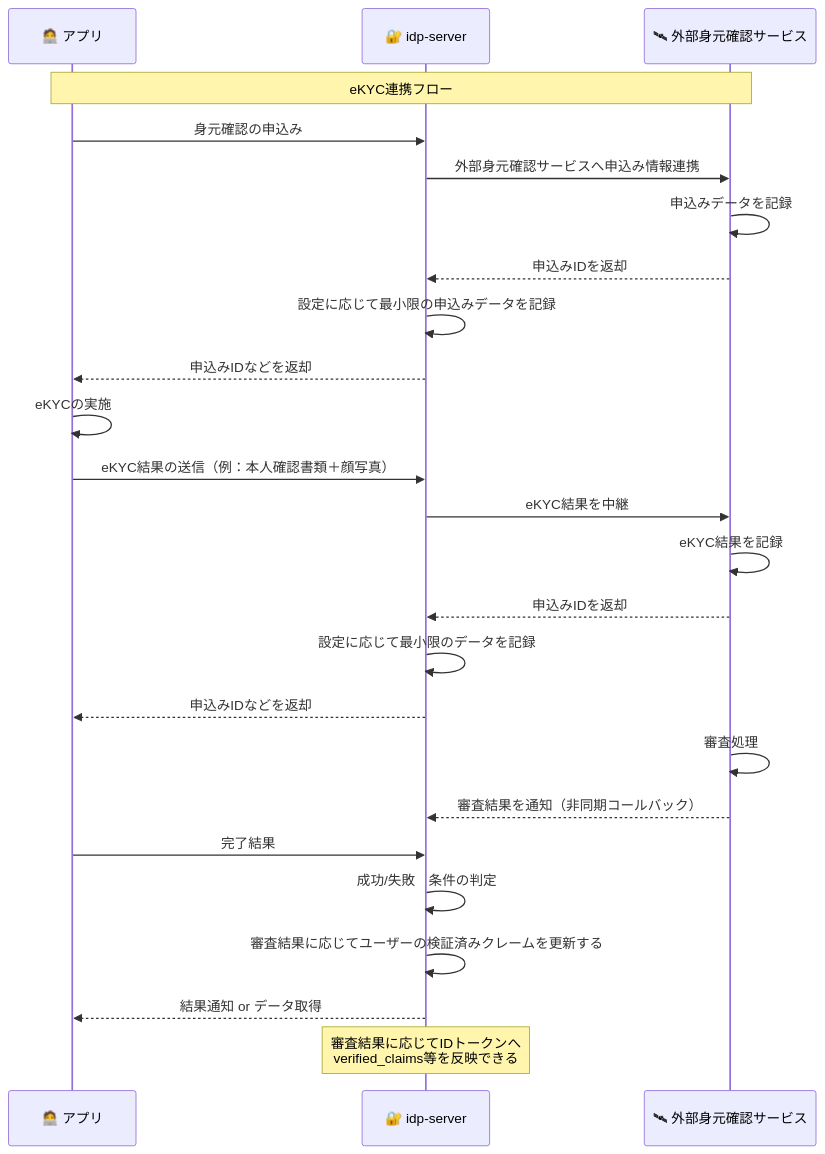
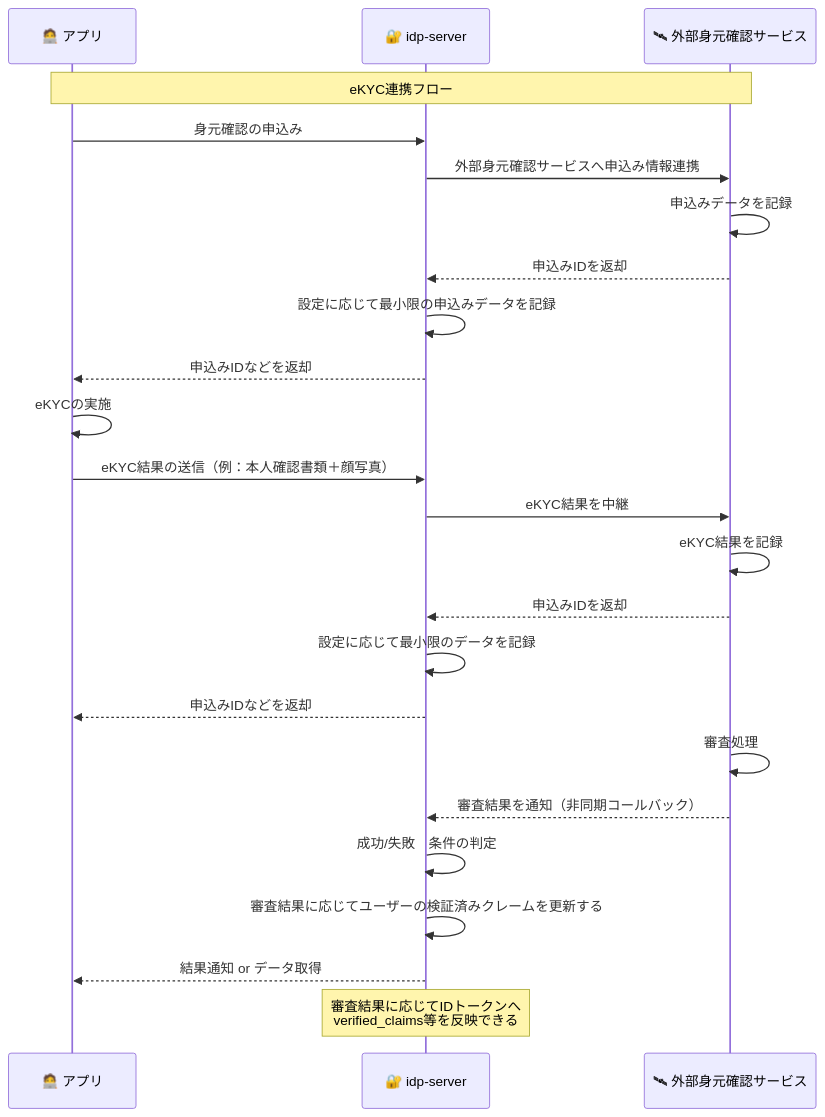
One commit to hirokazu-kobayashi-koba-hiro/idp-server changed the first of 2 diagrams in documentation/i18n/ja/docusaurus-plugin-content-docs/current/id-verified.md. Above: the diagram before and after it, drawn with Mermaid. The commit also changed 19 other files, not shown here.

````diff
--- a/documentation/i18n/ja/docusaurus-plugin-content-docs/current/id-verified.md
+++ b/documentation/i18n/ja/docusaurus-plugin-content-docs/current/id-verified.md
@@ -38,34 +38,33 @@
 ```mermaid
 sequenceDiagram
     participant App as 🧑‍💻 アプリ
     participant IdP as 🔐 idp-server
     participant EKYC as 🛰 外部身元確認サービス
 
     Note over App,EKYC: eKYC連携フロー
 
     App->>IdP: 身元確認の申込み
     IdP->>EKYC: 外部身元確認サービスへ申込み情報連携
     EKYC->>EKYC: 申込みデータを記録
     EKYC-->>IdP: 申込みIDを返却
     IdP->>IdP: 設定に応じて最小限の申込みデータを記録
     IdP-->>App: 申込みIDなどを返却
     
     App->>App: eKYCの実施
     App->>IdP: eKYC結果の送信（例：本人確認書類＋顔写真）
     IdP->>EKYC: eKYC結果を中継
     EKYC->>EKYC: eKYC結果を記録
     EKYC-->>IdP: 申込みIDを返却
     IdP->>IdP: 設定に応じて最小限のデータを記録
     IdP-->>App: 申込みIDなどを返却
     
     EKYC->>EKYC: 審査処理
 
     EKYC-->>IdP: 審査結果を通知（非同期コールバック）
-    App ->>IdP: 完了結果
     IdP ->>IdP: 成功/失敗　条件の判定
     IdP->>IdP: 審査結果に応じてユーザーの検証済みクレームを更新する
     IdP-->>App: 結果通知 or データ取得
 
     Note over IdP: 審査結果に応じてIDトークンへ<br/>verified_claims等を反映できる
 
 ```
````
